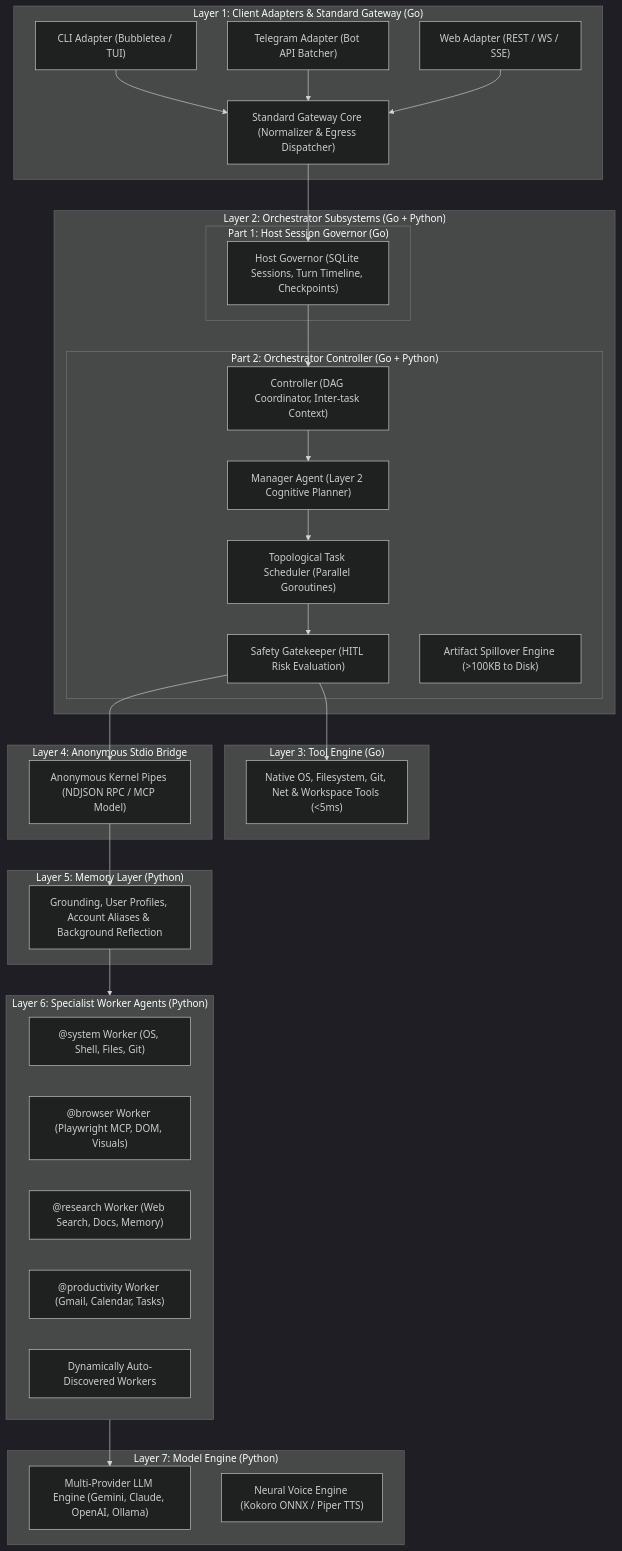
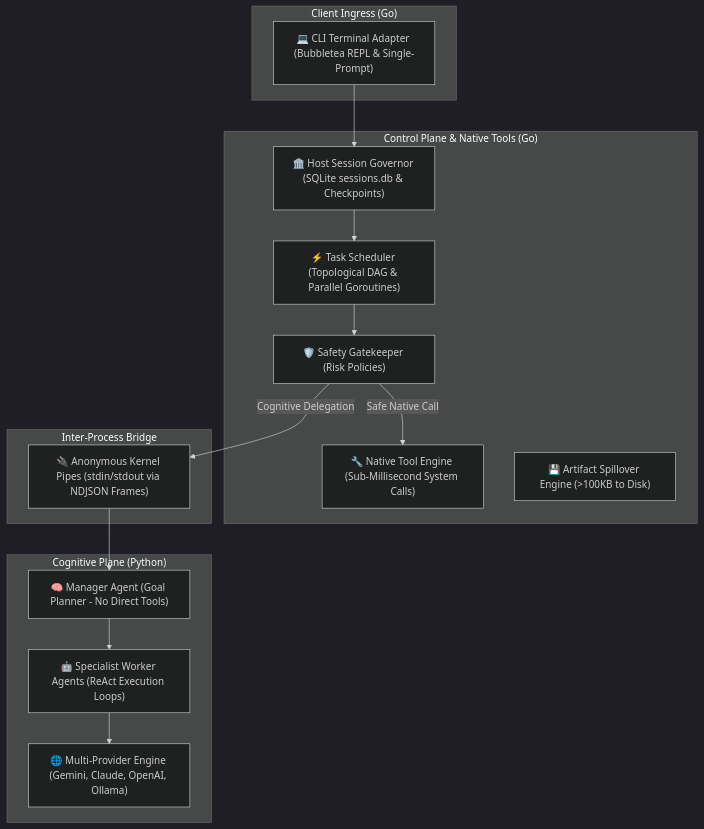
One commit to PrithvirajSinghChauhan8444/AI-Personal-Assistant-Backend changed the second of 2 diagrams in README.md. Above: the diagram before and after it, drawn with Mermaid (dark theme). The commit also changed other lines of this file, not shown here.

````diff
--- a/README.md
+++ b/README.md
@@ -34,56 +195,28 @@
 ```mermaid
 flowchart TD
-    subgraph L1 ["Layer 1: Client Adapters & Standard Gateway (Go)"]
-        CLI["CLI Adapter (Bubbletea / TUI)"]
-        TG["Telegram Adapter (Bot API Batcher)"]
-        Web["Web Adapter (REST / WS / SSE)"]
-        GW["Standard Gateway Core (Normalizer & Egress Dispatcher)"]
+    subgraph ClientLayer ["Client Ingress (Go)"]
+        CLI["💻 CLI Terminal Adapter (Bubbletea REPL & Single-Prompt)"]
     end
 
-    subgraph L2 ["Layer 2: Orchestrator Subsystems (Go + Python)"]
-        subgraph L2_Part1 ["Part 1: Host Session Governor (Go)"]
-            Host["Host Governor (SQLite Sessions, Turn Timeline, Checkpoints)"]
-        end
-        subgraph L2_Part2 ["Part 2: Orchestrator Controller (Go + Python)"]
-            Controller["Controller (DAG Coordinator, Inter-task Context)"]
-            ManagerAgent["Manager Agent (Layer 2 Cognitive Planner)"]
-            Scheduler["Topological Task Scheduler (Parallel Goroutines)"]
-            Gatekeeper["Safety Gatekeeper (HITL Risk Evaluation)"]
-            Spillover["Artifact Spillover Engine (>100KB to Disk)"]
-        end
+    subgraph GoPlane ["Control Plane & Native Tools (Go)"]
+        Host["🏛️ Host Session Governor (SQLite sessions.db & Checkpoints)"]
+        Scheduler["⚡ Task Scheduler (Topological DAG & Parallel Goroutines)"]
+        Gatekeeper["🛡️ Safety Gatekeeper (Risk Policies)"]
+        Tools["🔧 Native Tool Engine (Sub-Millisecond System Calls)"]
+        Spillover["💾 Artifact Spillover Engine (>100KB to Disk)"]
     end
 
-    subgraph L3 ["Layer 3: Tool Engine (Go)"]
-        NativeTools["Native OS, Filesystem, Git, Net & Workspace Tools (<5ms)"]
+    subgraph BridgeLayer ["Inter-Process Bridge"]
+        Pipes["🔌 Anonymous Kernel Pipes (stdin/stdout via NDJSON Frames)"]
     end
 
-    subgraph L4 ["Layer 4: Anonymous Stdio Bridge"]
-        Pipes["Anonymous Kernel Pipes (NDJSON RPC / MCP Model)"]
+    subgraph PyPlane ["Cognitive Plane (Python)"]
+        Manager["🧠 Manager Agent (Goal Planner - No Direct Tools)"]
+        Workers["🤖 Specialist Worker Agents (ReAct Execution Loops)"]
+        Models["🌐 Multi-Provider Engine (Gemini, Claude, OpenAI, Ollama)"]
     end
 
-    subgraph L5 ["Layer 5: Memory Layer (Python)"]
-        Memory["Grounding, User Profiles, Account Aliases & Background Reflection"]
-    end
-
-    subgraph L6 ["Layer 6: Specialist Worker Agents (Python)"]
-        SystemWorker["@system Worker (OS, Shell, Files, Git)"]
-        BrowserWorker["@browser Worker (Playwright MCP, DOM, Visuals)"]
-        ResearchWorker["@research Worker (Web Search, Docs, Memory)"]
-        ProdWorker["@productivity Worker (Gmail, Calendar, Tasks)"]
-        DiscoveredWorkers["Dynamically Auto-Discovered Workers"]
-    end
-
-    subgraph L7 ["Layer 7: Model Engine (Python)"]
-        ModelFactory["Multi-Provider LLM Engine (Gemini, Claude, OpenAI, Ollama)"]
-        AudioEngine["Neural Voice Engine (Kokoro ONNX / Piper TTS)"]
-    end
-
-    CLI & TG & Web --> GW
-    GW --> Host --> Controller
-    Controller --> ManagerAgent
-    ManagerAgent --> Scheduler
-    Scheduler --> Gatekeeper
-    Gatekeeper --> NativeTools
-    Gatekeeper --> Pipes --> Memory --> L6
-    L6 --> ModelFactory
+    CLI --> Host --> Scheduler --> Gatekeeper
+    Gatekeeper -->|Safe Native Call| Tools
+    Gatekeeper -->|Cognitive Delegation| Pipes --> Manager --> Workers --> Models
 ```
````
